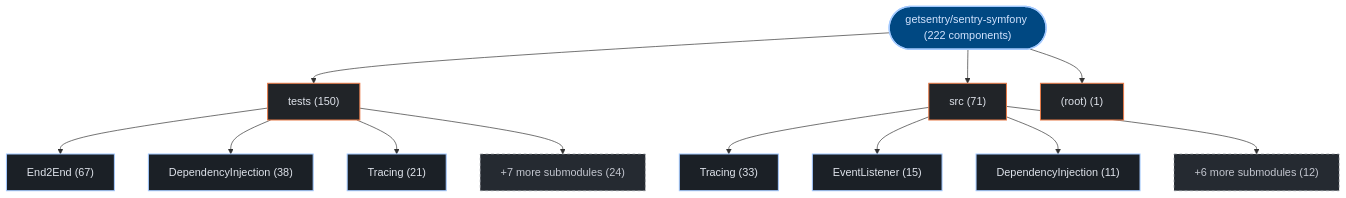
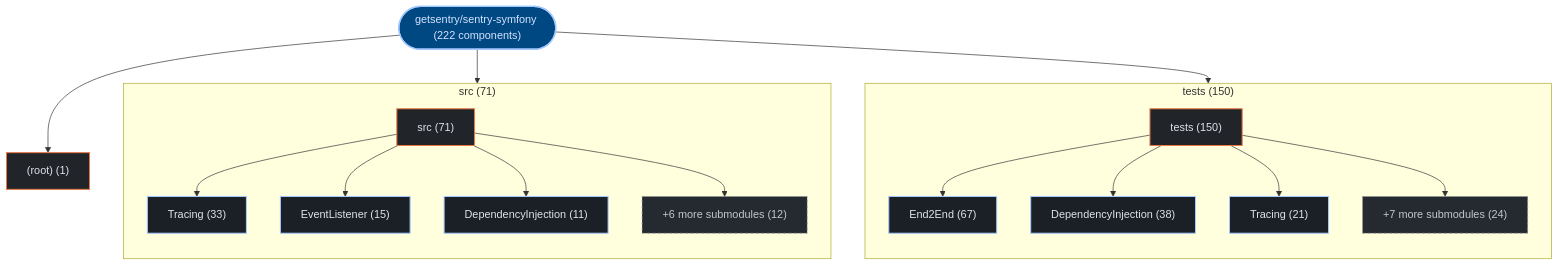
Before and after one commit to kumarshaz/atruss-code-atlas: the first of 3 diagrams in exports/latest/reports/getsentry-sentry-symfony-report.md, drawn with Mermaid. The commit also changed 178 other files, not shown here.

Commit message:
feat(ui,mermaid): upgrade to mermaid v12 + ELK layout, add orgs-summary + pagination, subgraph building blocks, fix tab alignment

````diff
--- a/exports/latest/reports/getsentry-sentry-symfony-report.md
+++ b/exports/latest/reports/getsentry-sentry-symfony-report.md
@@ -42,33 +42,39 @@
 ```mermaid
 graph TD;
   classDef atlasRoot fill:#004882,stroke:#a3c9ff,stroke-width:2px,color:#d3e4ff
   classDef atlasCategory fill:#212428,stroke:#E87A48,stroke-width:1.5px,color:#dfe3eb
   classDef atlasWorkflow fill:#1b2026,stroke:#a3c9ff,stroke-width:1.5px,color:#dfe3eb
   classDef atlasJob fill:#171c22,stroke:#8d9199,stroke-width:1px,color:#dfe3eb
   classDef atlasTarget fill:#005227,stroke:#8bd99b,stroke-width:1.5px,color:#a7f6b6
   classDef atlasAlert fill:#93000a,stroke:#ffb4ab,stroke-width:1.5px,color:#ffdad6
   classDef atlasMore fill:#252a31,stroke:#8d9199,stroke-dasharray:4 4,color:#c3c6cf
     repo_root(["getsentry/sentry-symfony (222 components)"]):::atlasRoot
-    dir_0_tests["tests (150)"]:::atlasCategory
+    subgraph sg_dir_0_tests["tests (150)"]
+      direction TB
+      dir_0_tests["tests (150)"]:::atlasCategory
+      sub_0_0_End2End["End2End (67)"]:::atlasWorkflow
+      dir_0_tests --> sub_0_0_End2End
+      sub_0_1_DependencyInjection["DependencyInjection (38)"]:::atlasWorkflow
+      dir_0_tests --> sub_0_1_DependencyInjection
+      sub_0_2_Tracing["Tracing (21)"]:::atlasWorkflow
+      dir_0_tests --> sub_0_2_Tracing
+      sub_0_more["+7 more submodules (24)"]:::atlasMore
+      dir_0_tests --> sub_0_more
+    end
     repo_root --> dir_0_tests
-    sub_0_0_End2End["End2End (67)"]:::atlasWorkflow
-    dir_0_tests --> sub_0_0_End2End
-    sub_0_1_DependencyInjection["DependencyInjection (38)"]:::atlasWorkflow
-    dir_0_tests --> sub_0_1_DependencyInjection
-    sub_0_2_Tracing["Tracing (21)"]:::atlasWorkflow
-    dir_0_tests --> sub_0_2_Tracing
-    sub_0_more["+7 more submodules (24)"]:::atlasMore
-    dir_0_tests --> sub_0_more
-    dir_1_src["src (71)"]:::atlasCategory
+    subgraph sg_dir_1_src["src (71)"]
+      direction TB
+      dir_1_src["src (71)"]:::atlasCategory
+      sub_1_0_Tracing["Tracing (33)"]:::atlasWorkflow
+      dir_1_src --> sub_1_0_Tracing
+      sub_1_1_EventListener["EventListener (15)"]:::atlasWorkflow
+      dir_1_src --> sub_1_1_EventListener
+      sub_1_2_DependencyInjection["DependencyInjection (11)"]:::atlasWorkflow
+      dir_1_src --> sub_1_2_DependencyInjection
+      sub_1_more["+6 more submodules (12)"]:::atlasMore
+      dir_1_src --> sub_1_more
+    end
     repo_root --> dir_1_src
-    sub_1_0_Tracing["Tracing (33)"]:::atlasWorkflow
-    dir_1_src --> sub_1_0_Tracing
-    sub_1_1_EventListener["EventListener (15)"]:::atlasWorkflow
-    dir_1_src --> sub_1_1_EventListener
-    sub_1_2_DependencyInjection["DependencyInjection (11)"]:::atlasWorkflow
-    dir_1_src --> sub_1_2_DependencyInjection
-    sub_1_more["+6 more submodules (12)"]:::atlasMore
-    dir_1_src --> sub_1_more
     dir_2__root_["(root) (1)"]:::atlasCategory
     repo_root --> dir_2__root_
 ```
````
